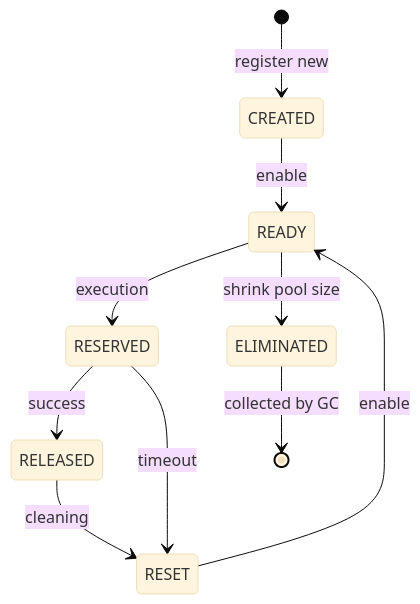
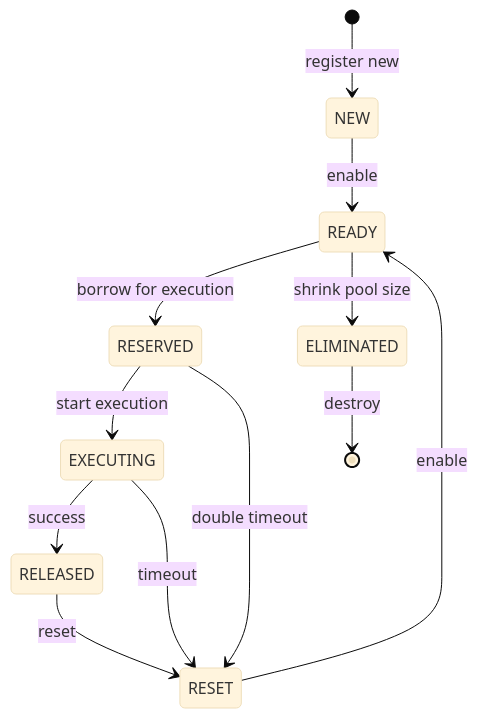
Before and after one commit to mchechulnikov/eucalypt: the fifth of 7 diagrams in README.md, drawn with Mermaid (base theme). The commit also changed other lines of this file, not shown here.

````diff
--- a/README.md
+++ b/README.md
@@ -152,19 +153,23 @@
 ``` mermaid
 stateDiagram-v2
     %% creating
-    [*] --> CREATED: register new
-    CREATED --> READY: enable
+    [*] --> NEW: register new
+    NEW --> READY: enable
 
     %% execution
-    READY --> RESERVED: execution
-    RESERVED --> RELEASED: success
-    RELEASED --> RESET: cleaning 
-    RESET --> READY: enable
+    READY --> RESERVED: borrow for execution
+    RESERVED --> EXECUTING: start execution
+    EXECUTING --> RELEASED: success
+    RELEASED --> RESET: reset 
 
     %% execution not started or starvation
-    RESERVED --> RESET: timeout
+    RESERVED --> RESET: double timeout
+    EXECUTING --> RESET: timeout
+    
+    %% reset
+    RESET --> READY: enable
 
     %% elimination
     READY --> ELIMINATED: shrink pool size
-    ELIMINATED --> [*]: collected by GC
+    ELIMINATED --> [*]: destroy
 ```
````
